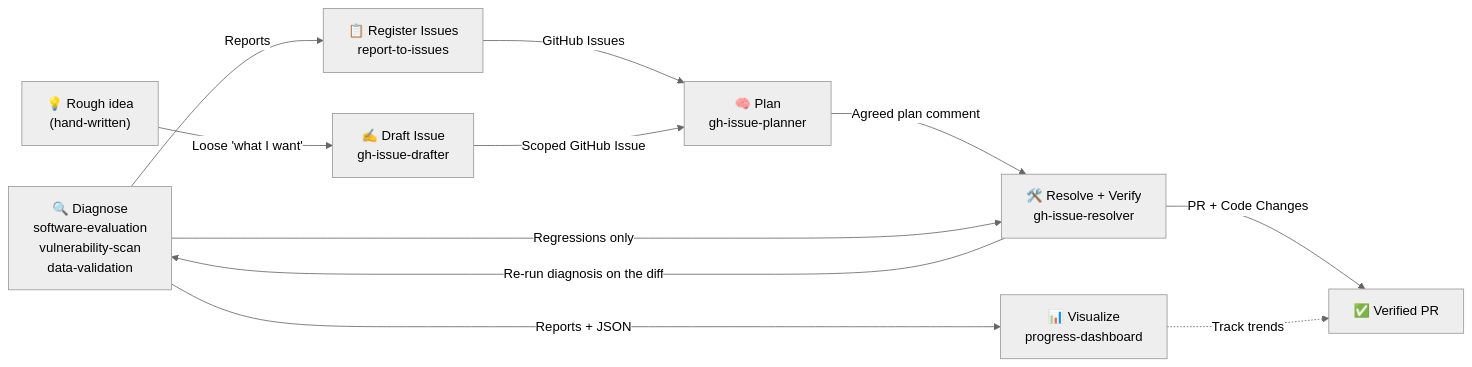
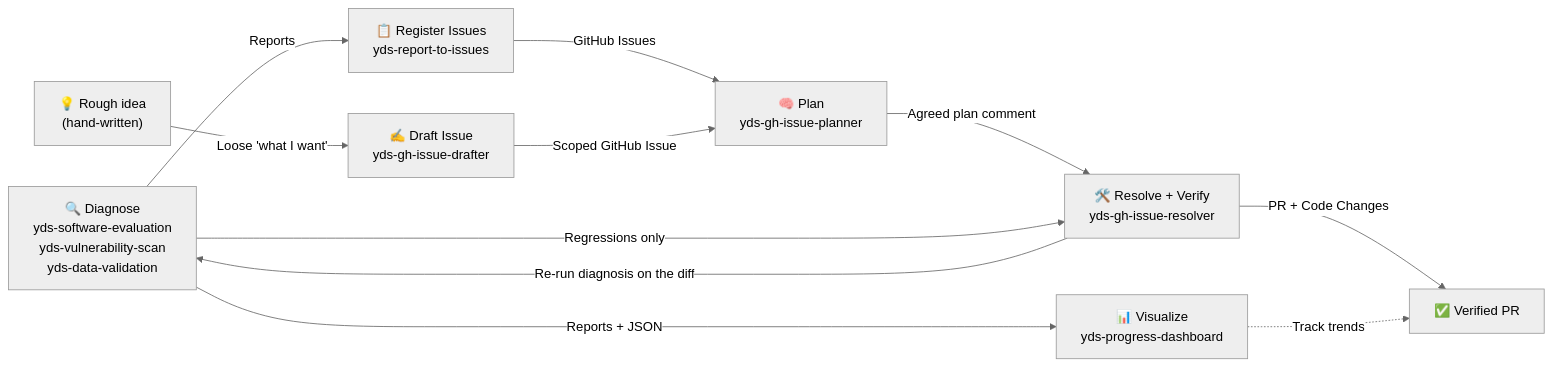
One commit to ymd38/dev-skills changed the diagram in README.md. Above: the diagram before and after it, drawn with Mermaid (neutral theme). The commit also changed other lines of this file and 15 other files, not shown here.

````diff
--- a/README.md
+++ b/README.md
@@ -13,20 +13,20 @@
 ```mermaid
 graph LR
-    Diagnose["🔍 Diagnose<br/>software-evaluation<br/>vulnerability-scan<br/>data-validation"]
-    Visualize["📊 Visualize<br/>progress-dashboard"]
-    Register["📋 Register Issues<br/>report-to-issues"]
-    Draft["✍️ Draft Issue<br/>gh-issue-drafter"]
-    Plan["🧠 Plan<br/>gh-issue-planner"]
-    Resolve["🛠️ Resolve + Verify<br/>gh-issue-resolver"]
+    Diagnose["🔍 Diagnose<br/>yds-software-evaluation<br/>yds-vulnerability-scan<br/>yds-data-validation"]
+    Visualize["📊 Visualize<br/>yds-progress-dashboard"]
+    Register["📋 Register Issues<br/>yds-report-to-issues"]
+    Draft["✍️ Draft Issue<br/>yds-gh-issue-drafter"]
+    Plan["🧠 Plan<br/>yds-gh-issue-planner"]
+    Resolve["🛠️ Resolve + Verify<br/>yds-gh-issue-resolver"]
 
     Idea["💡 Rough idea<br/>(hand-written)"] -- "Loose 'what I want'" --> Draft
     Diagnose -- "Reports + JSON" --> Visualize
     Diagnose -- "Reports" --> Register
     Register -- "GitHub Issues" --> Plan
     Draft -- "Scoped GitHub Issue" --> Plan
     Plan -- "Agreed plan comment" --> Resolve
     Resolve -- "Re-run diagnosis on the diff" --> Diagnose
     Diagnose -- "Regressions only" --> Resolve
     Resolve -- "PR + Code Changes" --> Done["✅ Verified PR"]
     Visualize -. "Track trends" .-> Done
 ```
````
